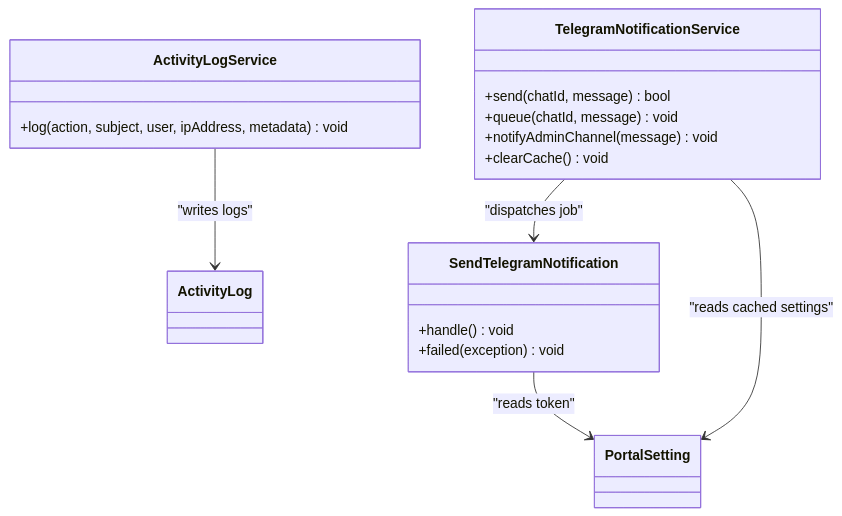
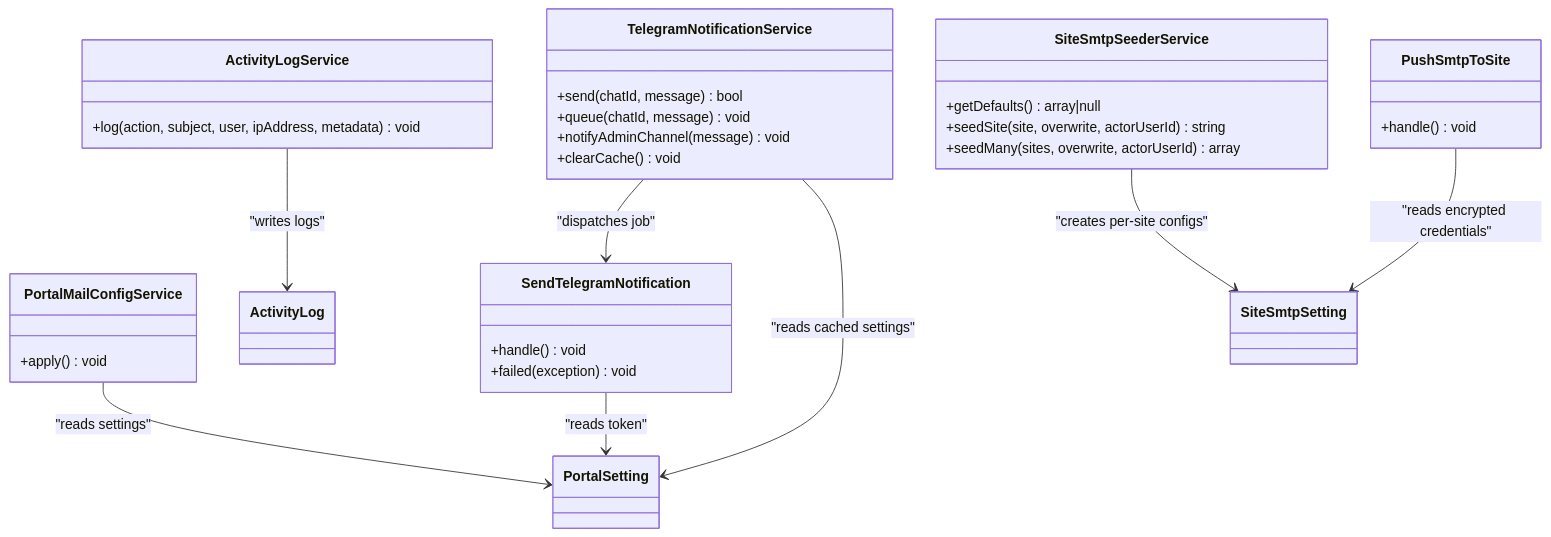
One commit to FCS-WP/website_portal changed the fifth of 14 diagrams in .qoder/repowiki/en/content/Backend Architecture (Laravel)/Backend Architecture (Laravel).md. Above: the diagram before and after it, drawn with Mermaid. The commit also changed other lines of this file and 30 other files, not shown here.

````diff
--- a/.qoder/repowiki/en/content/Backend Architecture (Laravel)/Backend Architecture (Laravel).md
+++ b/.qoder/repowiki/en/content/Backend Architecture (Laravel)/Backend Architecture (Laravel).md
@@ -263,20 +308,34 @@
 ```mermaid
 classDiagram
 class ActivityLogService {
 +log(action, subject, user, ipAddress, metadata) void
 }
 class TelegramNotificationService {
 +send(chatId, message) bool
 +queue(chatId, message) void
 +notifyAdminChannel(message) void
 +clearCache() void
 }
+class PortalMailConfigService {
++apply() void
+}
+class SiteSmtpSeederService {
++getDefaults() array|null
++seedSite(site, overwrite, actorUserId) string
++seedMany(sites, overwrite, actorUserId) array
+}
 class SendTelegramNotification {
 +handle() void
 +failed(exception) void
 }
+class PushSmtpToSite {
++handle() void
+}
 ActivityLogService --> ActivityLog : "writes logs"
 TelegramNotificationService --> SendTelegramNotification : "dispatches job"
+PortalMailConfigService --> PortalSetting : "reads settings"
+SiteSmtpSeederService --> SiteSmtpSetting : "creates per-site configs"
 TelegramNotificationService --> PortalSetting : "reads cached settings"
 SendTelegramNotification --> PortalSetting : "reads token"
+PushSmtpToSite --> SiteSmtpSetting : "reads encrypted credentials"
 ```
````
